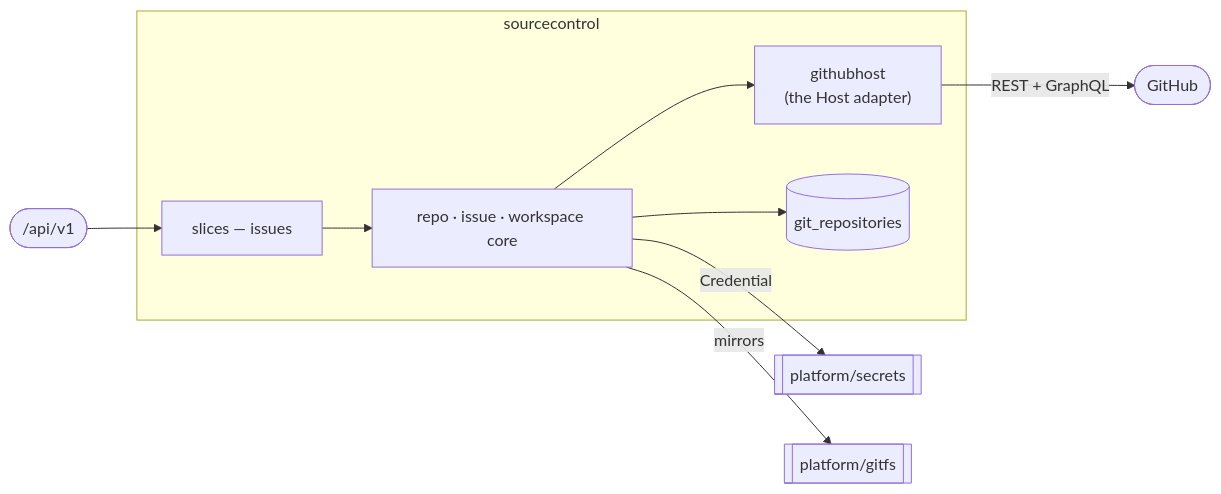
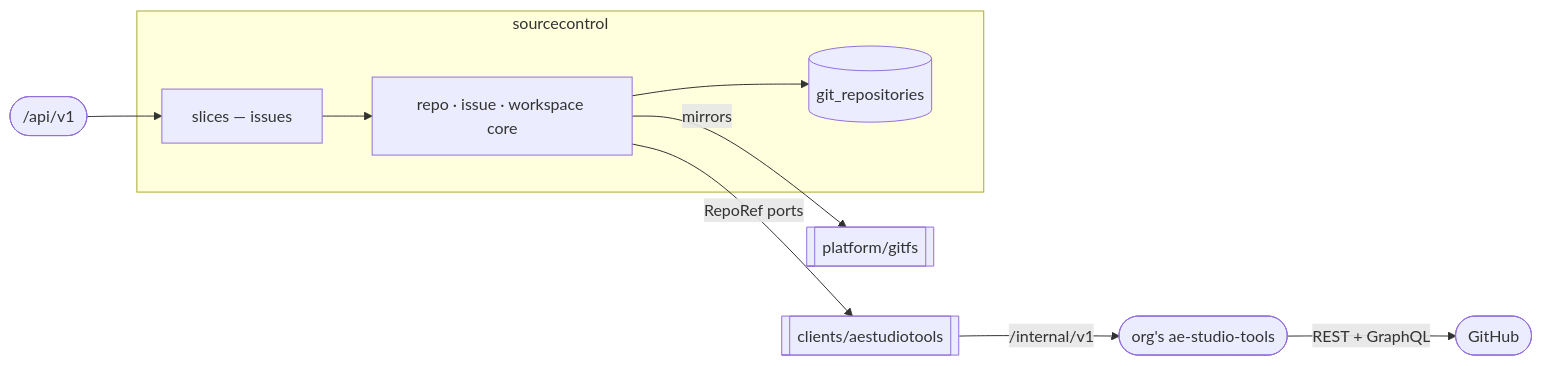
One commit to wso2/labs-agentic-engineer changed the diagram in services/aep-api/internal/sourcecontrol/README.md. Above: the diagram before and after it, drawn with Mermaid. The commit also changed other lines of this file and 57 other files, not shown here.

First line of the commit message:
refactor(aep-api): GitHub calls go through ae-studio-tools; githubhost removed

````diff
--- a/services/aep-api/internal/sourcecontrol/README.md
+++ b/services/aep-api/internal/sourcecontrol/README.md
@@ -9,15 +10,14 @@
 ```mermaid
 flowchart LR
   API(["/api/v1"]) --> SL
   subgraph sourcecontrol
     SL["slices — issues"]
     CORE["repo · issue · workspace core"]
-    GH["githubhost<br/>(the Host adapter)"]
     SL --> CORE
-    CORE --> GH
     CORE --> DB[("git_repositories")]
   end
-  GH -->|REST + GraphQL| GITHUB(["GitHub"])
-  CORE -->|Credential| SEC[[platform/secrets]]
+  CORE -->|RepoRef ports| AET[[clients/aestudiotools]]
+  AET -->|/internal/v1| POD(["org's ae-studio-tools"])
+  POD -->|REST + GraphQL| GITHUB(["GitHub"])
   CORE -->|mirrors| GITFS[[platform/gitfs]]
 ```
````
